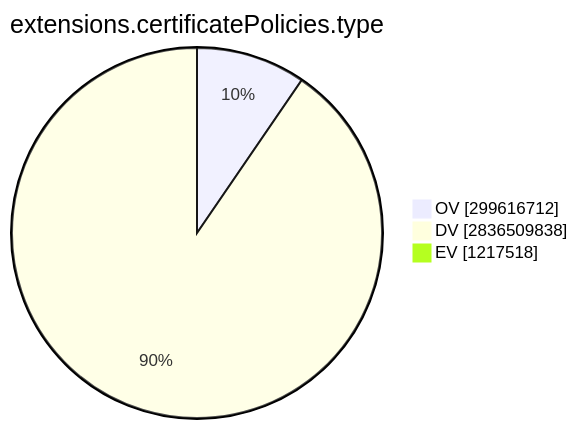
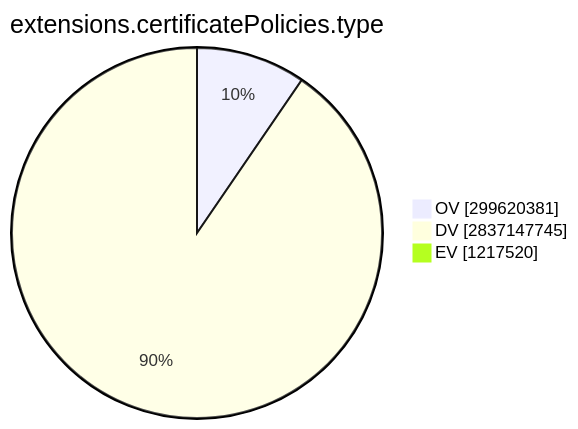
The ninth of 15 diagrams in TOTAL/README.md (christiankrug/ctmonitor_visualization), drawn with Mermaid before and after one commit. The commit also changed other lines of this file, not shown here.

````diff
--- a/TOTAL/README.md
+++ b/TOTAL/README.md
@@ -3101,7 +3101,7 @@
 ```mermaid
 pie showData
 title extensions.certificatePolicies.type
-"OV" :299616712
-"DV" :2836509838
-"EV" :1217518
+"OV" :299620381
+"DV" :2837147745
+"EV" :1217520
 ```
````
